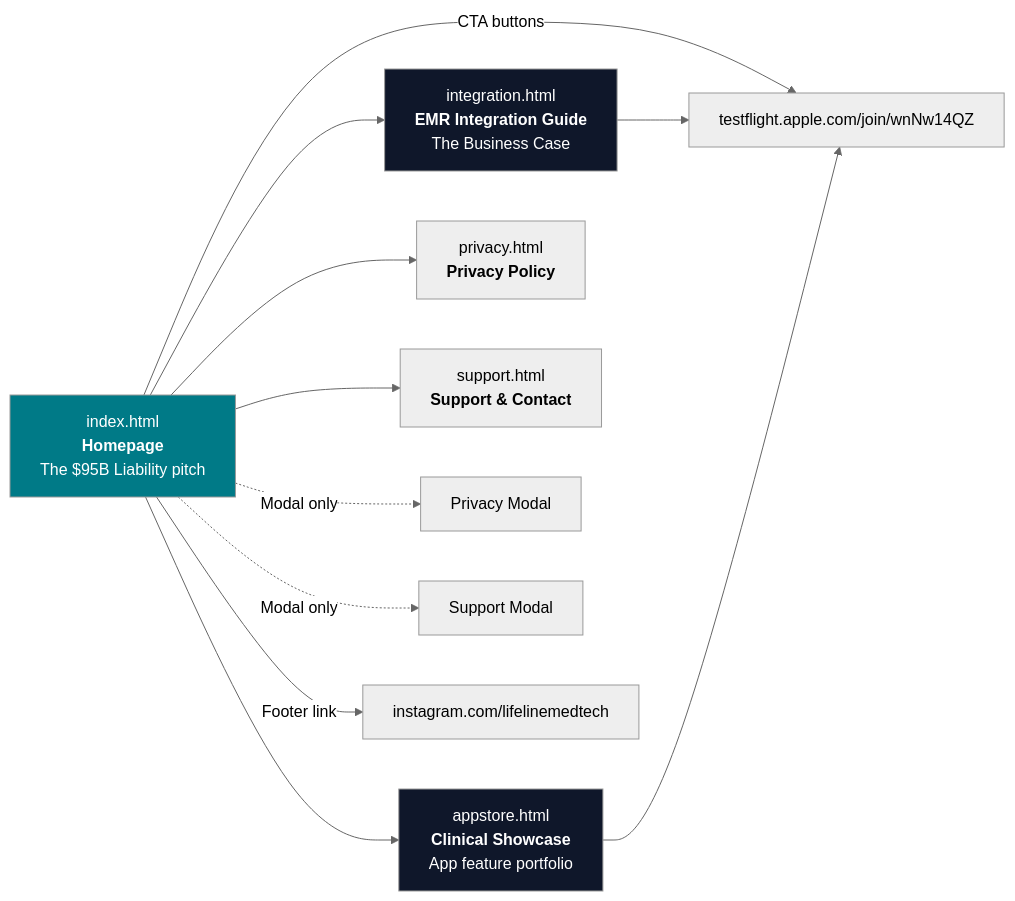
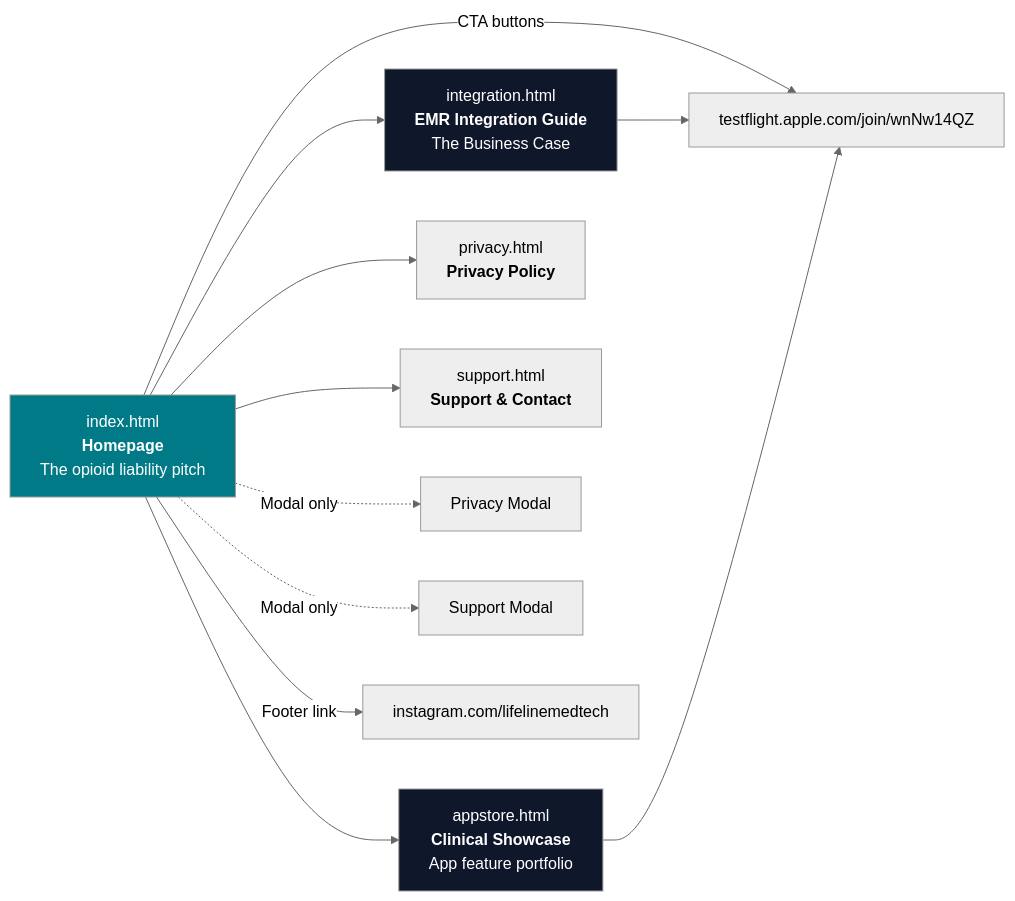
The second of 2 diagrams in site_overview.md (Dannyb685/inpatient-opioid-tool), drawn with Mermaid (neutral theme) before and after one commit. The commit also changed other lines of this file and 5 other files, not shown here.

````diff
--- a/site_overview.md
+++ b/site_overview.md
@@ -30,17 +30,17 @@
 ```mermaid
 graph LR
-    HOME["index.html<br/><strong>Homepage</strong><br/>The $95B Liability pitch"] --> INT["integration.html<br/><strong>EMR Integration Guide</strong><br/>The Business Case"]
+    HOME["index.html<br/><strong>Homepage</strong><br/>The opioid liability pitch"] --> INT["integration.html<br/><strong>EMR Integration Guide</strong><br/>The Business Case"]
     HOME --> APP["appstore.html<br/><strong>Clinical Showcase</strong><br/>App feature portfolio"]
     HOME --> PRIV["privacy.html<br/><strong>Privacy Policy</strong>"]
     HOME --> SUPP["support.html<br/><strong>Support & Contact</strong>"]
     HOME -.->|"Modal only"| PM["Privacy Modal"]
     HOME -.->|"Modal only"| SM["Support Modal"]
     HOME -->|"Footer link"| IG["instagram.com/lifelinemedtech"]
     HOME -->|"CTA buttons"| TF["testflight.apple.com/join/wnNw14QZ"]
     INT --> TF
     APP --> TF
     
     style HOME fill:#007A87,color:#fff
     style INT fill:#0f172a,color:#fff
     style APP fill:#0f172a,color:#fff
 ```
````
